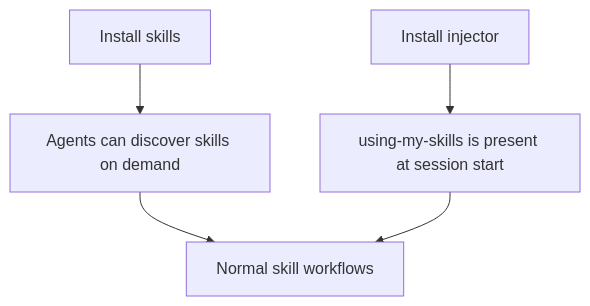
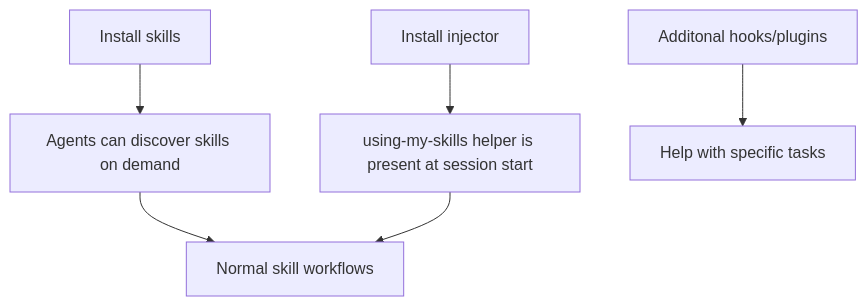
The first of 4 diagrams in README.md (quick-brown-foxxx/myai), drawn with Mermaid before and after one commit. The commit also changed other lines of this file and 1 other file, not shown here.

````diff
--- a/README.md
+++ b/README.md
@@ -39,7 +39,8 @@
 ```mermaid
 flowchart TD
   A[Install skills] --> B[Agents can discover skills on demand]
-  C[Install injector] --> D[using-my-skills is present at session start]
+  C[Install injector] --> D[using-my-skills helper is present at session start]
   B --> E[Normal skill workflows]
   D --> E
+  F[Additonal hooks/plugins] --> G[Help with specific tasks]
 ```
````
